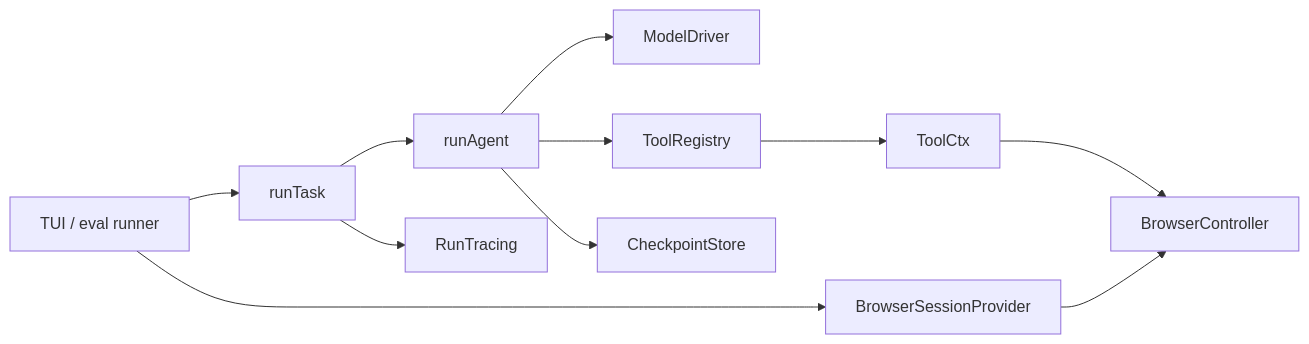
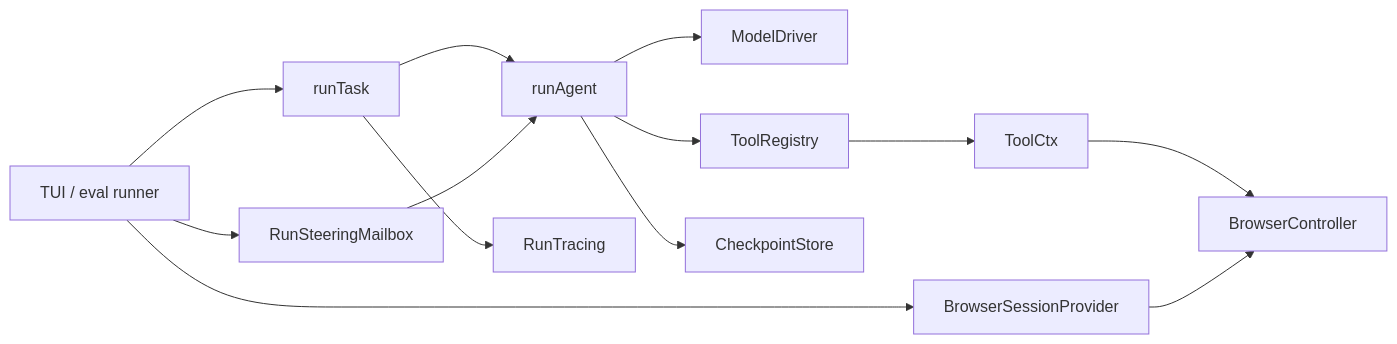
The diagram in .agents/summary/interfaces.md (briosolivares/evidence-collection-agent), drawn with Mermaid before and after one commit. The commit also changed other lines of this file and 35 other files, not shown here.

Commit message:
feat(tui): add live run steering

````diff
--- a/.agents/summary/interfaces.md
+++ b/.agents/summary/interfaces.md
@@ -7,13 +7,15 @@
 ```mermaid
 flowchart LR
     UI["TUI / eval runner"] --> API["runTask"]
     API --> COORD["runAgent"]
     COORD --> MD["ModelDriver"]
     COORD --> REG["ToolRegistry"]
     REG --> CTX["ToolCtx"]
     CTX --> B["BrowserController"]
     UI --> SP["BrowserSessionProvider"]
+    UI --> STEER["RunSteeringMailbox"]
+    STEER --> COORD
     SP --> B
     API --> TR["RunTracing"]
     COORD --> CP["CheckpointStore"]
 ```
````
